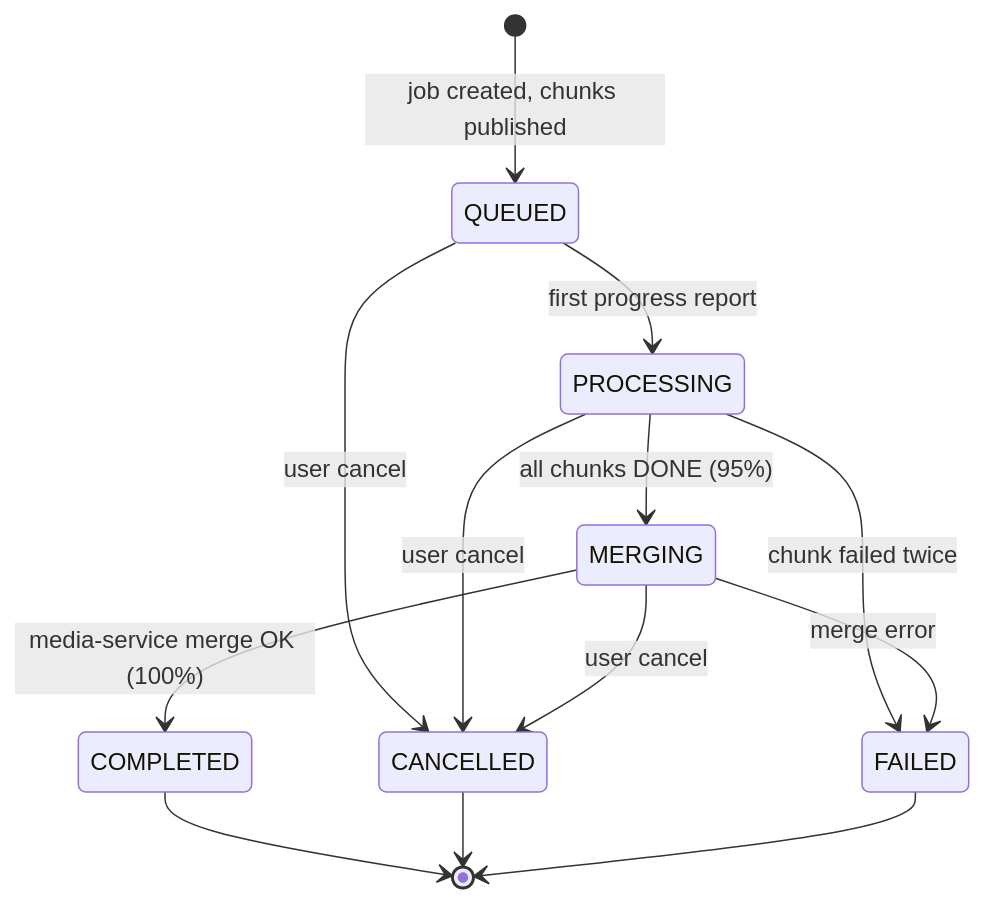
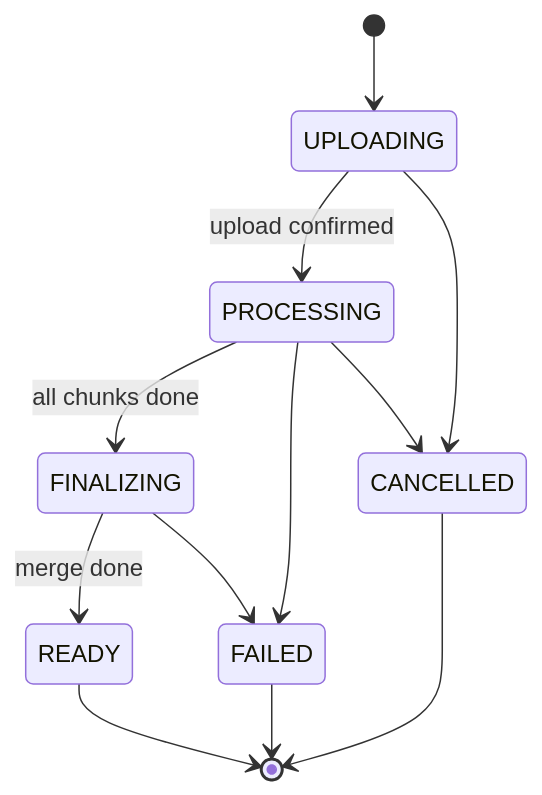
One commit to JianoFreo/InfiniteFlow_AI changed the fourth of 4 diagrams in README.md. Above: the diagram before and after it, drawn with Mermaid. The commit also changed other lines of this file and 14 other files, not shown here.

````diff
--- a/README.md
+++ b/README.md
@@ -204,18 +197,14 @@
 ```mermaid
 stateDiagram-v2
-    [*] --> QUEUED: job created, chunks published
-    QUEUED --> PROCESSING: first progress report
-    PROCESSING --> MERGING: all chunks DONE (95%)
-    MERGING --> COMPLETED: media-service merge OK (100%)
-
-    QUEUED --> CANCELLED: user cancel
-    PROCESSING --> CANCELLED: user cancel
-    MERGING --> CANCELLED: user cancel
-
-    PROCESSING --> FAILED: chunk failed twice
-    MERGING --> FAILED: merge error
-
-    COMPLETED --> [*]
+    [*] --> UPLOADING
+    UPLOADING --> PROCESSING: upload confirmed
+    PROCESSING --> FINALIZING: all chunks done
+    FINALIZING --> READY: merge done
+    PROCESSING --> FAILED
+    FINALIZING --> FAILED
+    UPLOADING --> CANCELLED
+    PROCESSING --> CANCELLED
+    READY --> [*]
+    FAILED --> [*]
     CANCELLED --> [*]
-    FAILED --> [*]
 ```
````
